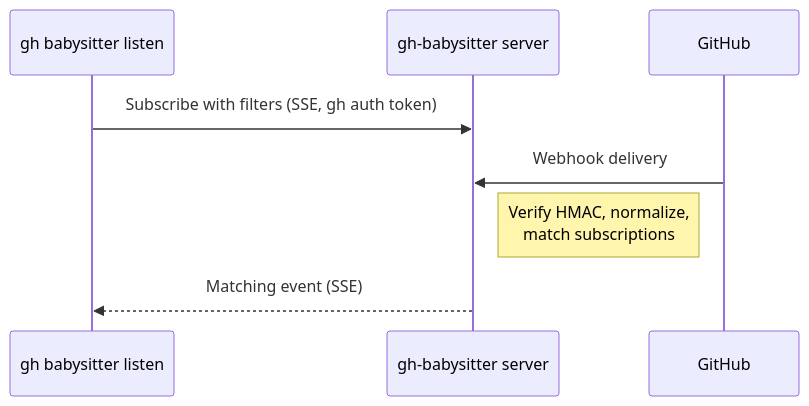
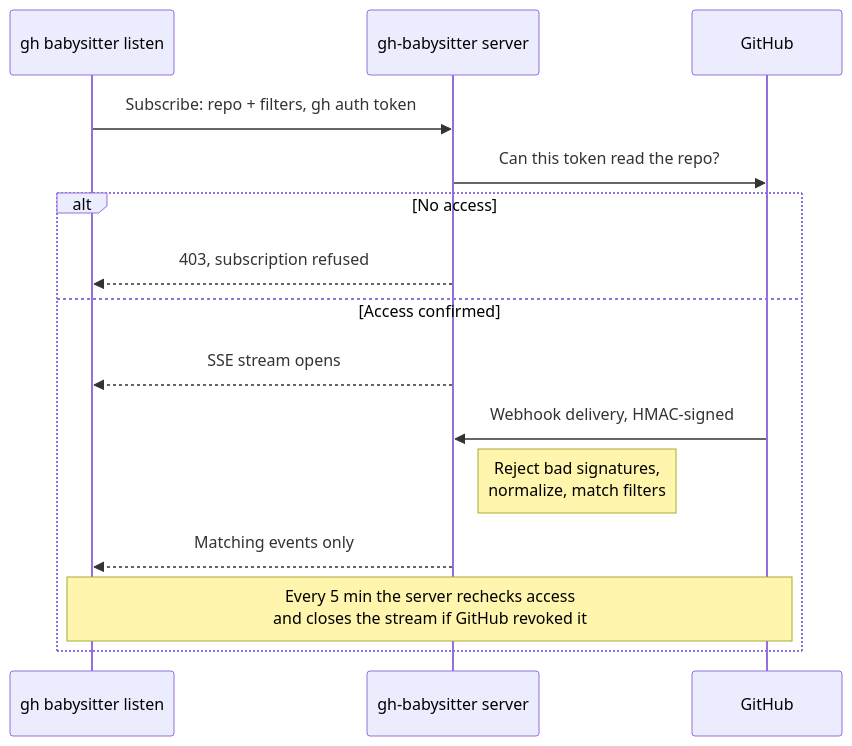
The diagram in README.md (Alex-Kopylov/gh-babysitter), drawn with Mermaid before and after one commit. The commit also changed other lines of this file, not shown here.

Commit message:
docs(readme): show server auth checks in architecture diagram

````diff
--- a/README.md
+++ b/README.md
@@ -58,11 +58,18 @@
 ```mermaid
 sequenceDiagram
     participant CLI as gh babysitter listen
     participant S as gh-babysitter server
     participant GH as GitHub
 
-    CLI->>S: Subscribe with filters (SSE, gh auth token)
-    GH->>S: Webhook delivery
-    Note right of S: Verify HMAC, normalize,<br/>match subscriptions
-    S-->>CLI: Matching event (SSE)
+    CLI->>S: Subscribe: repo + filters, gh auth token
+    S->>GH: Can this token read the repo?
+    alt No access
+        S-->>CLI: 403, subscription refused
+    else Access confirmed
+        S-->>CLI: SSE stream opens
+        GH->>S: Webhook delivery, HMAC-signed
+        Note right of S: Reject bad signatures,<br/>normalize, match filters
+        S-->>CLI: Matching events only
+        Note over CLI,GH: Every 5 min the server rechecks access<br/>and closes the stream if GitHub revoked it
+    end
 ```
````
